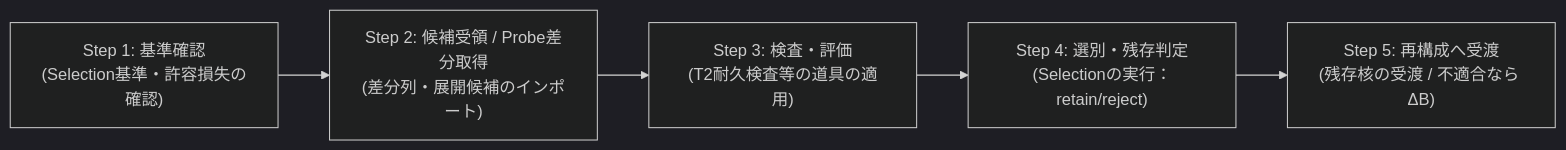
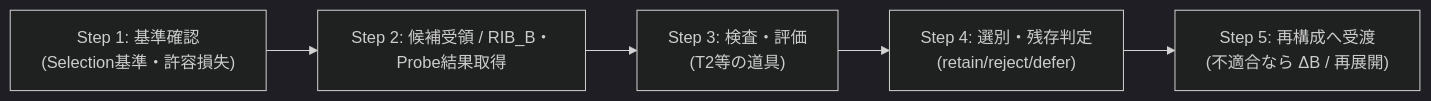
The diagram in 01_T1_SILN操作層/T1_検査と選別.md (Aporapeiron/RDL_Core), drawn with Mermaid (dark theme) before and after one commit. The commit also changed other lines of this file, not shown here.

Commit message:
Align inspection and selection with RIB_B probe model

````diff
--- a/01_T1_SILN操作層/T1_検査と選別.md
+++ b/01_T1_SILN操作層/T1_検査と選別.md
@@ -20,8 +22,8 @@
 ```mermaid
 graph LR
-    C["Step 1: 基準確認<br/>(Selection基準・許容損失の確認)"] 
-    --> I["Step 2: 候補受領 / Probe差分取得<br/>(差分列・展開候補のインポート)"] 
-    --> E["Step 3: 検査・評価<br/>(T2耐久検査等の道具の適用)"] 
-    --> S["Step 4: 選別・残存判定<br/>(Selectionの実行：retain/reject)"] 
-    --> P["Step 5: 再構成へ受渡<br/>(残存核の受渡 / 不適合なら ΔB)"]
+    C["Step 1: 基準確認<br/>(Selection基準・許容損失)"]
+    --> I["Step 2: 候補受領 / RIB_B・Probe結果取得"]
+    --> E["Step 3: 検査・評価<br/>(T2等の道具)"]
+    --> S["Step 4: 選別・残存判定<br/>(retain/reject/defer)"]
+    --> P["Step 5: 再構成へ受渡<br/>(不適合なら ΔB / 再展開)"]
 ```
````
